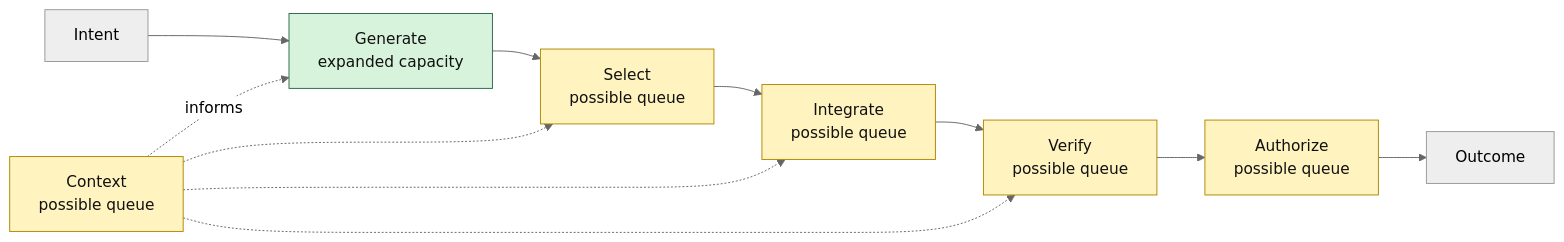
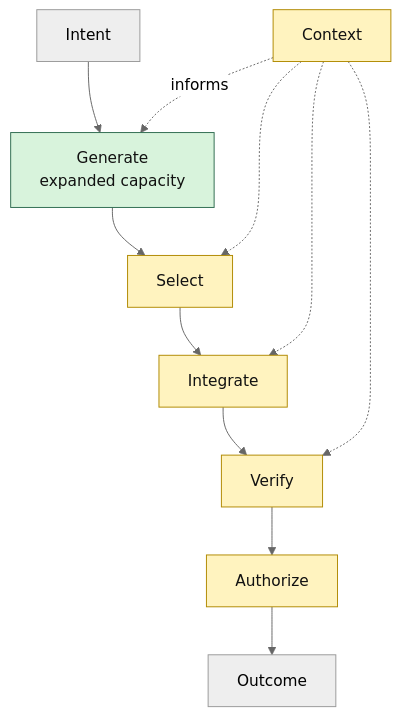
The diagram in book/part-1-the-constraint-moved/01-when-production-gets-cheap.qmd (gabosarmiento/reinvented-by-ai), drawn with Mermaid (neutral theme) before and after one commit. The commit also changed 4 other files, not shown here.

````diff
--- a/book/part-1-the-constraint-moved/01-when-production-gets-cheap.qmd
+++ b/book/part-1-the-constraint-moved/01-when-production-gets-cheap.qmd
@@ -60,20 +60,20 @@
 ```{mermaid}
 %%| label: fig-moving-constraint
-%%| fig-cap: "When generation capacity expands, the constraint moves into the surrounding operating system."
+%%| fig-cap: "When generation capacity expands, the yellow capacities can become queues in the surrounding operating system."
 %%| fig-alt: "Flow from intent through generation, selection, integration, verification, and authorization to an outcome. Context informs generation and the downstream stages. Generation is marked as expanded capacity; selection, context, integration, verification, and authorization are possible queues."
-flowchart LR
+flowchart TB
     I[Intent] --> G["Generate<br/>expanded capacity"]
-    G --> S["Select<br/>possible queue"]
-    S --> N["Integrate<br/>possible queue"]
-    N --> V["Verify<br/>possible queue"]
-    V --> A["Authorize<br/>possible queue"]
+    G --> S[Select]
+    S --> N[Integrate]
+    N --> V[Verify]
+    V --> A[Authorize]
     A --> O[Outcome]
-    C["Context<br/>possible queue"] -. informs .-> G
+    C[Context] -. informs .-> G
     C -.-> S
     C -.-> N
     C -.-> V
     classDef expanded fill:#d8f3dc,stroke:#2d6a4f,color:#111;
     classDef queue fill:#fff3bf,stroke:#b08900,color:#111;
     class G expanded;
     class S,C,N,V,A queue;
 ```
````
